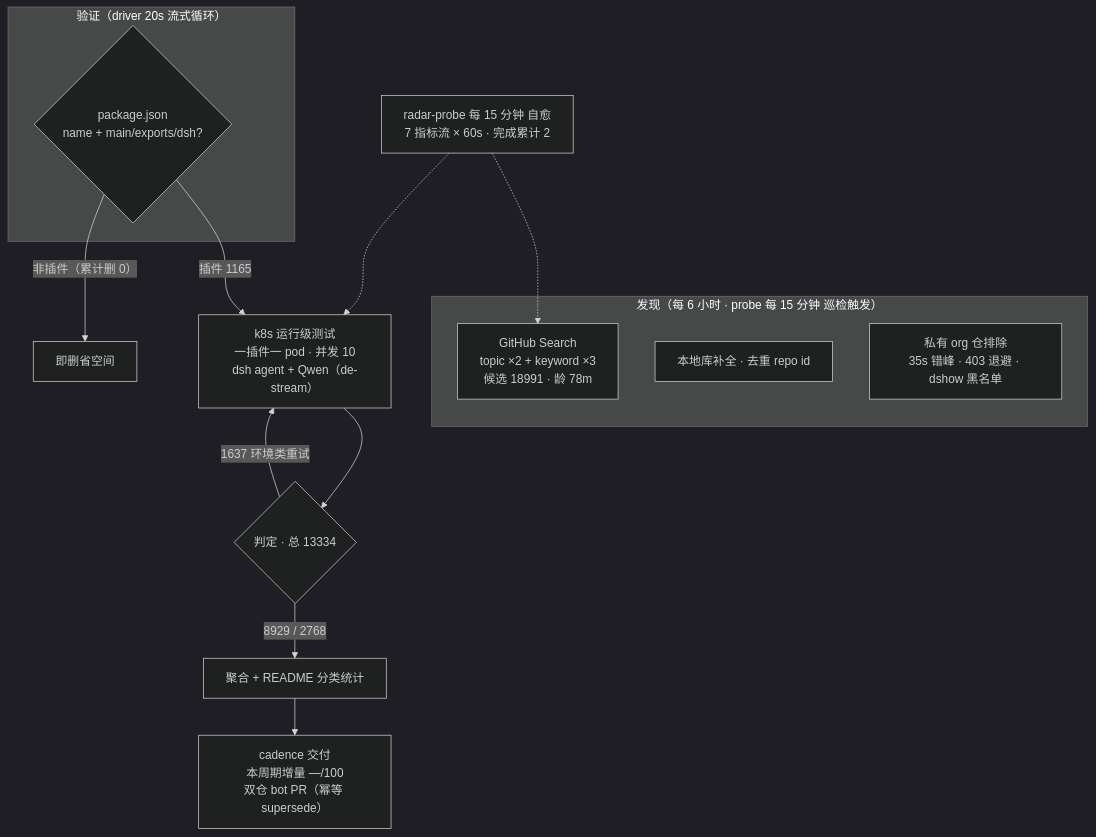
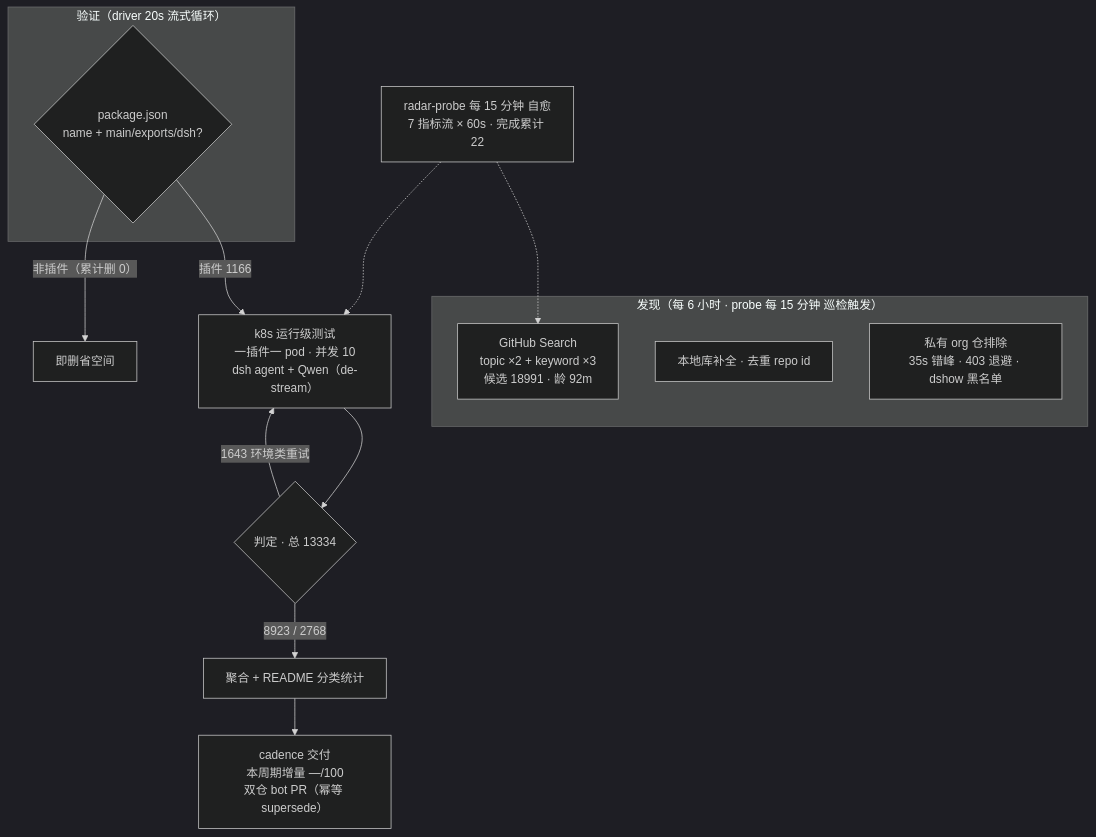
The diagram in README.md (Zhidao-Lab-OSS/awesome-dsh-plugins), drawn with Mermaid (dark theme) before and after one commit. The commit also changed other lines of this file and 1 other file, not shown here.

````diff
--- a/README.md
+++ b/README.md
@@ -55,20 +56,20 @@
 ```mermaid
 flowchart TB
     subgraph Discovery["发现（每 6 小时 · probe 每 15 分钟 巡检触发）"]
-        A1["GitHub Search<br/>topic ×2 + keyword ×3<br/>候选 18991 · 龄 78m"]
+        A1["GitHub Search<br/>topic ×2 + keyword ×3<br/>候选 18991 · 龄 92m"]
         A2["本地库补全 · 去重 repo id"]
         A3["私有 org 仓排除<br/>35s 错峰 · 403 退避 · dshow 黑名单"]
     end
     subgraph Validation["验证（driver 20s 流式循环）"]
         B1{"package.json<br/>name + main/exports/dsh?"}
     end
-    B1 -->|"插件 1165"| C1["k8s 运行级测试<br/>一插件一 pod · 并发 10<br/>dsh agent + Qwen（de-stream）"]
+    B1 -->|"插件 1166"| C1["k8s 运行级测试<br/>一插件一 pod · 并发 10<br/>dsh agent + Qwen（de-stream）"]
     B1 -->|"非插件（累计删 0）"| B3["即删省空间"]
     C1 --> D1{"判定 · 总 13334"}
-    D1 -->|"8929 / 2768"| E1["聚合 + README 分类统计"]
-    D1 -->|"1637 环境类重试"| C1
+    D1 -->|"8923 / 2768"| E1["聚合 + README 分类统计"]
+    D1 -->|"1643 环境类重试"| C1
     E1 --> E2["cadence 交付<br/>本周期增量 —/100<br/>双仓 bot PR（幂等 supersede）"]
-    M["radar-probe 每 15 分钟 自愈<br/>7 指标流 × 60s · 完成累计 2"]
+    M["radar-probe 每 15 分钟 自愈<br/>7 指标流 × 60s · 完成累计 22"]
     M -.-> A1
     M -.-> C1
 ```
````
